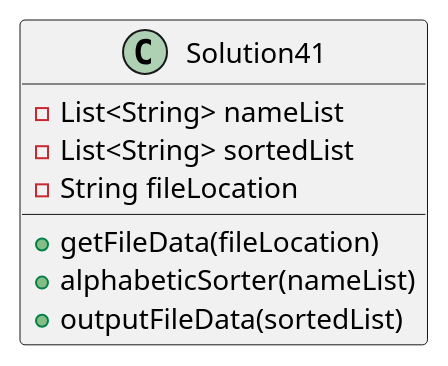
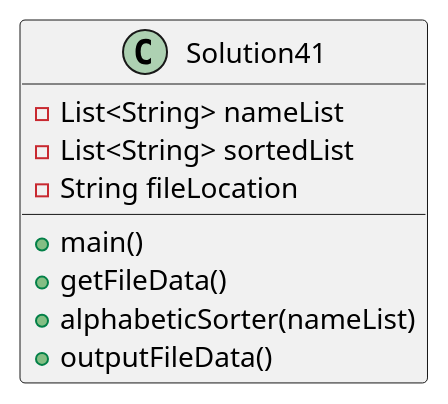
Before and after one commit to gmartin02/martin-a04: the diagram in exercise41/docs/exercise41UML.puml, drawn with PlantUML. The commit also changed 1 other file, not shown here.

Commit message:
updated exercise41 getFileData method and UML diagram

```diff
--- a/exercise41/docs/exercise41UML.puml
+++ b/exercise41/docs/exercise41UML.puml
@@ -1,11 +1,17 @@
 @startuml
 class Solution41 {
     -List<String> nameList
     -List<String> sortedList
     -String fileLocation
 
-    +getFileData(fileLocation)
+    +main()
+    'calls each of the below methods
+    '   no need for a separate class as each
+    '   method is directly related to each other
+    '   and as new class would likely only have a single method
+    +getFileData()
     +alphabeticSorter(nameList)
-    +outputFileData(sortedList)
+    +outputFileData()
 }
+
 @enduml
```
